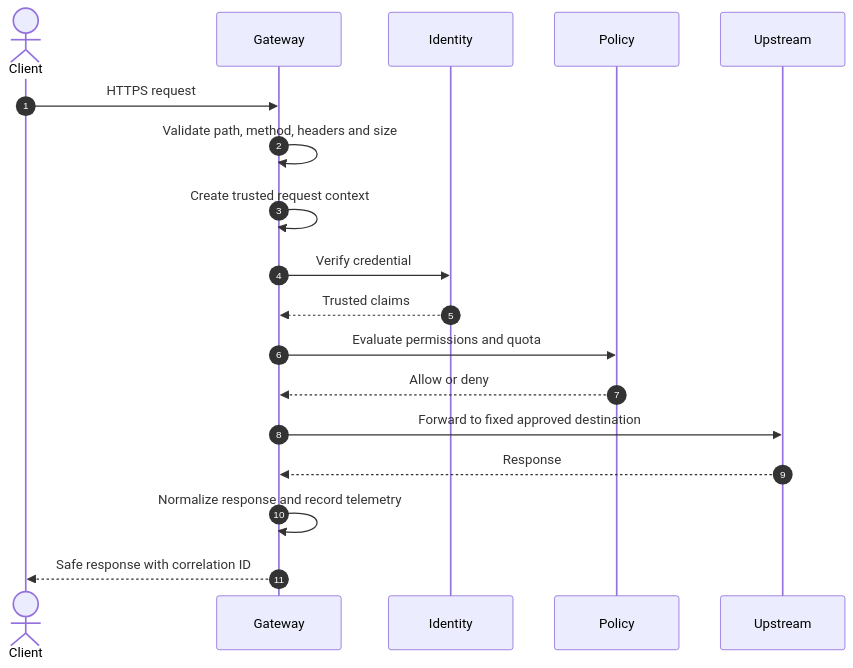
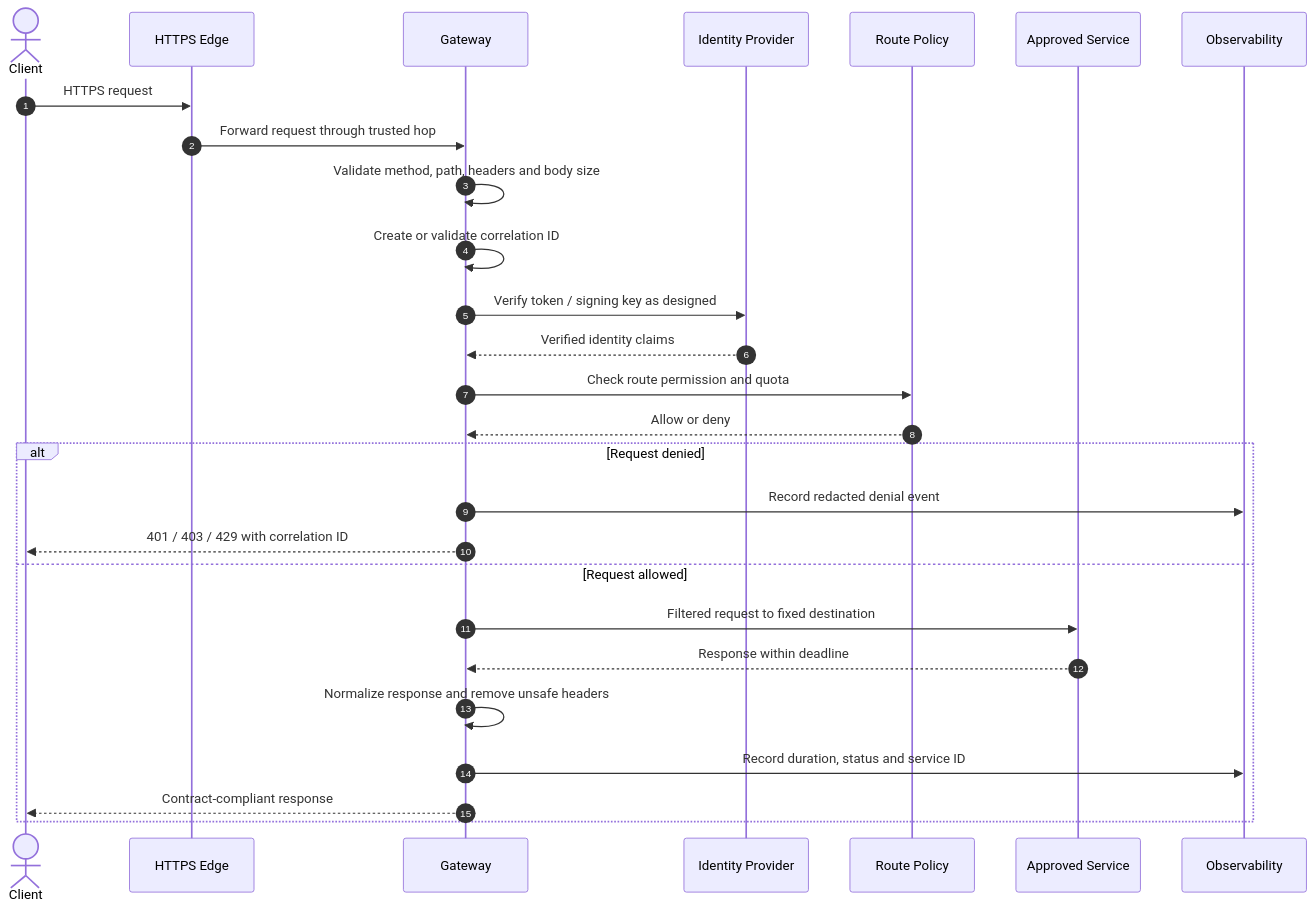
One commit to Brajesh31/API-Gateway-Tripzy changed the second of 5 diagrams in README.md. Above: the diagram before and after it, drawn with Mermaid. The commit also changed other lines of this file, not shown here.

Commit message:
docs: rebuild README with visible badges and detailed architecture

````diff
--- a/README.md
+++ b/README.md
@@ -102,20 +213,30 @@
 ```mermaid
 sequenceDiagram
-  autonumber
-  actor Client
-  participant Gateway
-  participant Identity
-  participant Policy
-  participant Upstream
-  Client->>Gateway: HTTPS request
-  Gateway->>Gateway: Validate path, method, headers and size
-  Gateway->>Gateway: Create trusted request context
-  Gateway->>Identity: Verify credential
-  Identity-->>Gateway: Trusted claims
-  Gateway->>Policy: Evaluate permissions and quota
-  Policy-->>Gateway: Allow or deny
-  Gateway->>Upstream: Forward to fixed approved destination
-  Upstream-->>Gateway: Response
-  Gateway->>Gateway: Normalize response and record telemetry
-  Gateway-->>Client: Safe response with correlation ID
+    autonumber
+    actor Client
+    participant Edge as HTTPS Edge
+    participant GW as Gateway
+    participant IDP as Identity Provider
+    participant Policy as Route Policy
+    participant Upstream as Approved Service
+    participant Obs as Observability
+
+    Client->>Edge: HTTPS request
+    Edge->>GW: Forward request through trusted hop
+    GW->>GW: Validate method, path, headers and body size
+    GW->>GW: Create or validate correlation ID
+    GW->>IDP: Verify token / signing key as designed
+    IDP-->>GW: Verified identity claims
+    GW->>Policy: Check route permission and quota
+    Policy-->>GW: Allow or deny
+    alt Request denied
+        GW->>Obs: Record redacted denial event
+        GW-->>Client: 401 / 403 / 429 with correlation ID
+    else Request allowed
+        GW->>Upstream: Filtered request to fixed destination
+        Upstream-->>GW: Response within deadline
+        GW->>GW: Normalize response and remove unsafe headers
+        GW->>Obs: Record duration, status and service ID
+        GW-->>Client: Contract-compliant response
+    end
 ```
````
